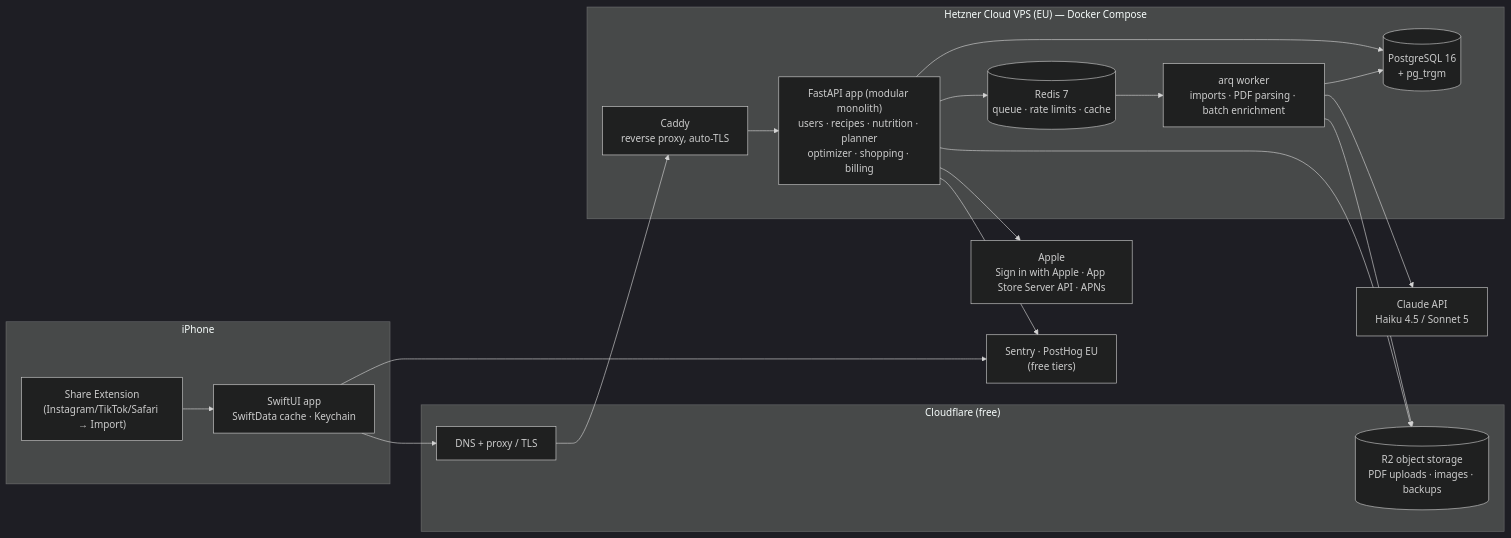
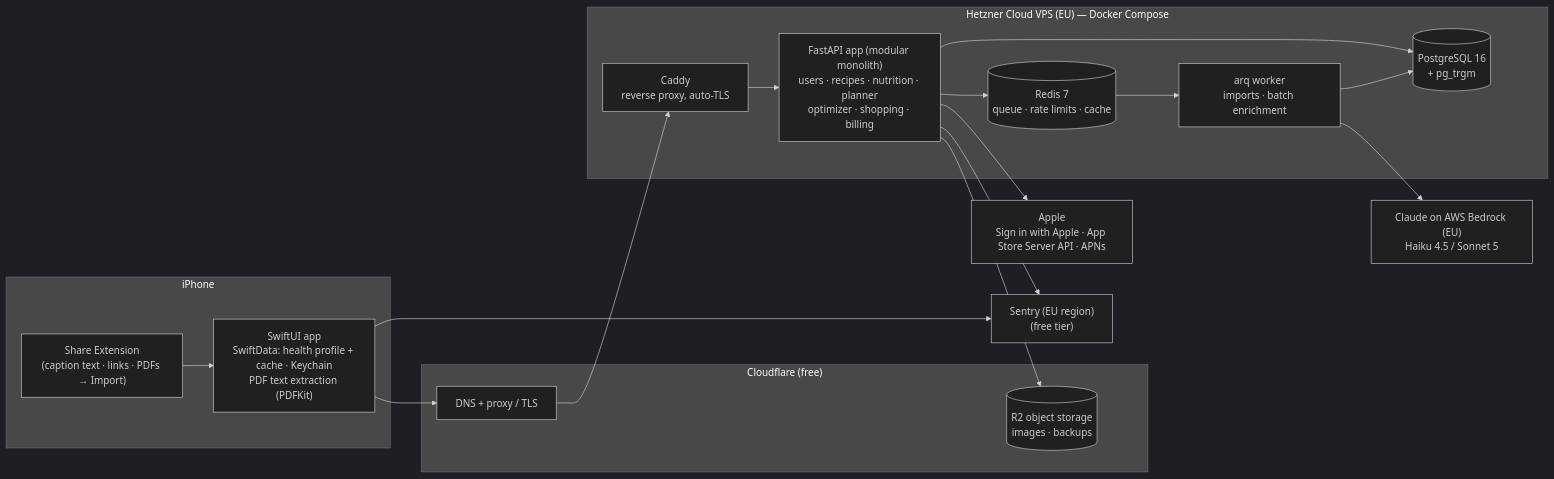
Before and after one commit to agnieszkakot93/fitmeal-ai: the diagram in docs/DEVELOPMENT_PLAN.md, drawn with Mermaid (dark theme). The commit also changed other lines of this file and 4 other files, not shown here.

````diff
--- a/docs/DEVELOPMENT_PLAN.md
+++ b/docs/DEVELOPMENT_PLAN.md
@@ -25,37 +28,36 @@
 ```mermaid
 flowchart LR
     subgraph Device["iPhone"]
-        APP["SwiftUI app<br/>SwiftData cache · Keychain"]
-        SHARE["Share Extension<br/>(Instagram/TikTok/Safari → Import)"]
+        APP["SwiftUI app<br/>SwiftData: health profile + cache · Keychain<br/>PDF text extraction (PDFKit)"]
+        SHARE["Share Extension<br/>(caption text · links · PDFs → Import)"]
     end
 
     subgraph CF["Cloudflare (free)"]
         DNS["DNS + proxy / TLS"]
-        R2[("R2 object storage<br/>PDF uploads · images · backups")]
+        R2[("R2 object storage<br/>images · backups")]
     end
 
     subgraph VPS["Hetzner Cloud VPS (EU) — Docker Compose"]
         CADDY["Caddy<br/>reverse proxy, auto-TLS"]
         API["FastAPI app (modular monolith)<br/>users · recipes · nutrition · planner<br/>optimizer · shopping · billing"]
-        WORKER["arq worker<br/>imports · PDF parsing · batch enrichment"]
+        WORKER["arq worker<br/>imports · batch enrichment"]
         PG[("PostgreSQL 16<br/>+ pg_trgm")]
         REDIS[("Redis 7<br/>queue · rate limits · cache")]
     end
 
-    CLAUDE["Claude API<br/>Haiku 4.5 / Sonnet 5"]
+    CLAUDE["Claude on AWS Bedrock (EU)<br/>Haiku 4.5 / Sonnet 5"]
     APPLE["Apple<br/>Sign in with Apple · App Store Server API · APNs"]
-    OBS["Sentry · PostHog EU<br/>(free tiers)"]
+    OBS["Sentry (EU region)<br/>(free tier)"]
 
     APP --> DNS --> CADDY --> API
     SHARE --> APP
     API --> PG
     API --> REDIS
     REDIS --> WORKER
     WORKER --> PG
     WORKER --> CLAUDE
-    WORKER --> R2
     API --> R2
     API --> APPLE
     APP --> OBS
     API --> OBS
 ```
````
